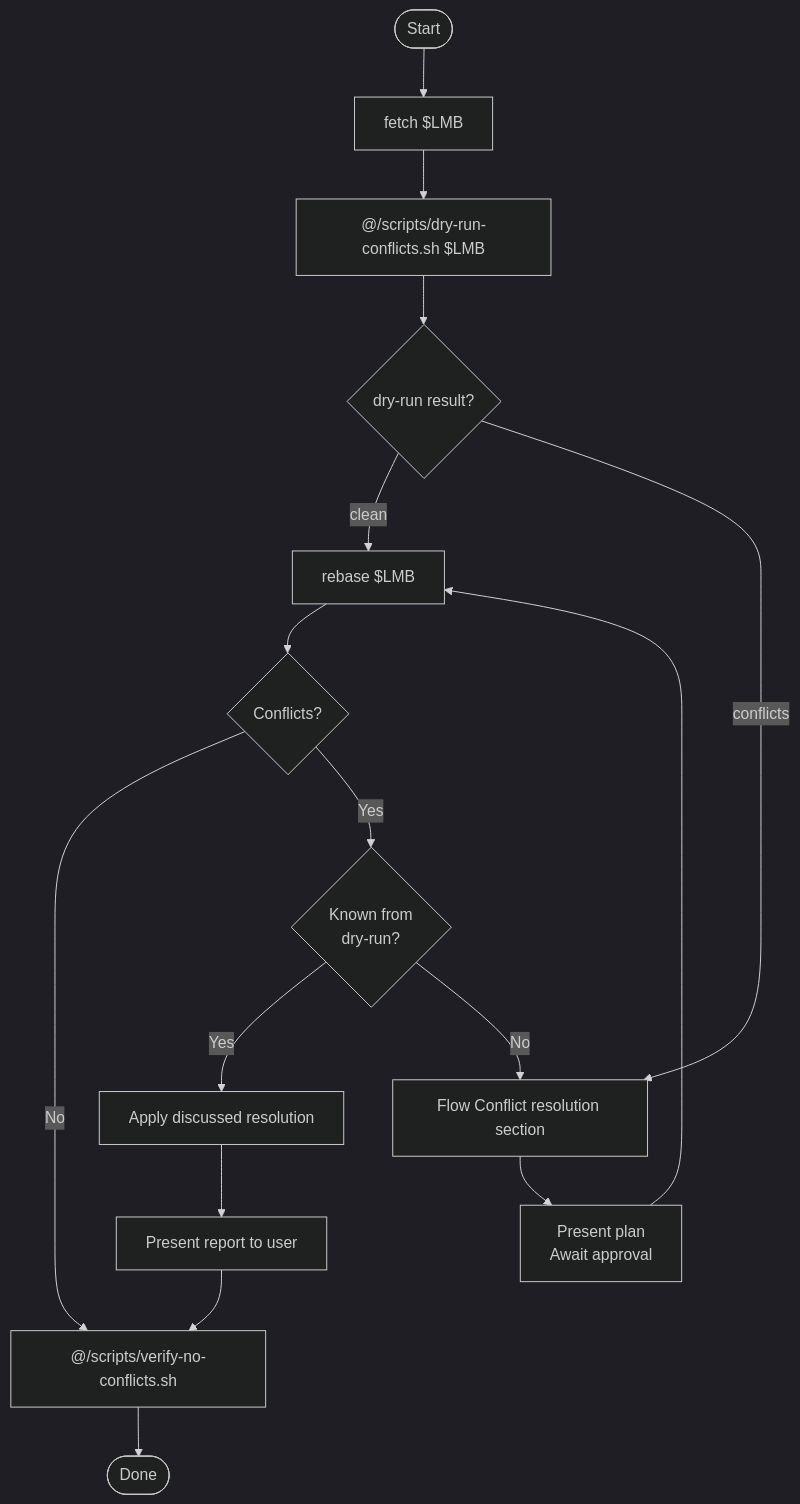
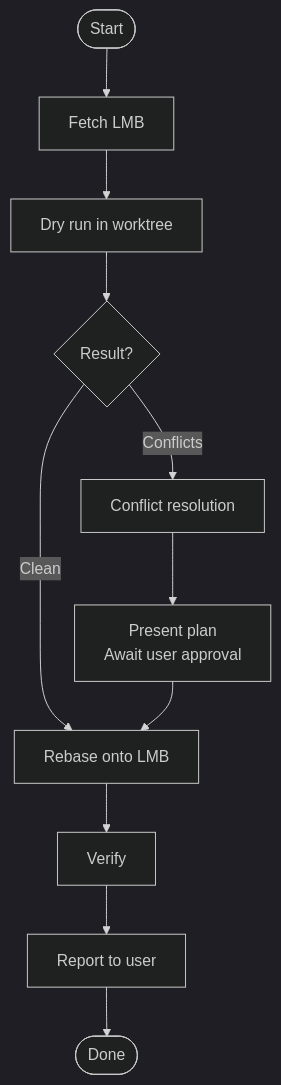
One commit to 35iter-cn/agents-config changed the diagram in skills/keep-branch-fresh/SKILL.md. Above: the diagram before and after it, drawn with Mermaid (dark theme). The commit also changed other lines of this file, not shown here.

````diff
--- a/skills/keep-branch-fresh/SKILL.md
+++ b/skills/keep-branch-fresh/SKILL.md
@@ -14,22 +26,13 @@
 ```mermaid
 flowchart TD
-    Start([Start]) --> Fetch[fetch $LMB]
-    Fetch --> DryRun["@/scripts/dry-run-conflicts.sh $LMB"]
-    DryRun --> Check{dry-run result?}
+    A([Start]) --> B[Fetch LMB] --> B0[Dry run in worktree]
 
-    Check -->|clean| Rebase[rebase $LMB]
-    Check -->|conflicts| Categorize["Flow Conflict resolution section"]
-    Categorize --> Present[Present plan<br/>Await approval]
-    Present --> Rebase
-
-    Rebase --> Resolve{Conflicts?}
-    Resolve -->|No| Verify["@/scripts/verify-no-conflicts.sh"]
-    Resolve -->|Yes| Known{Known from<br/>dry-run?}
-    Known -->|Yes| ApplyPlan["Apply discussed resolution"]
-    Known -->|No| Categorize
-
-    ApplyPlan --> Record["Present report to user"]
-
-    Record --> Verify
-    Verify --> Done([Done])
+    B0 --> C{Result?}
+    C -->|Clean| D[Rebase onto LMB]
+    C -->|Conflicts| E[Conflict resolution]
+    E --> F[Present plan<br/>Await user approval]
+    F --> D
+    D --> H[Verify]
+    H --> H1[Report to user]
+    H1 --> L([Done])
 ```
````
